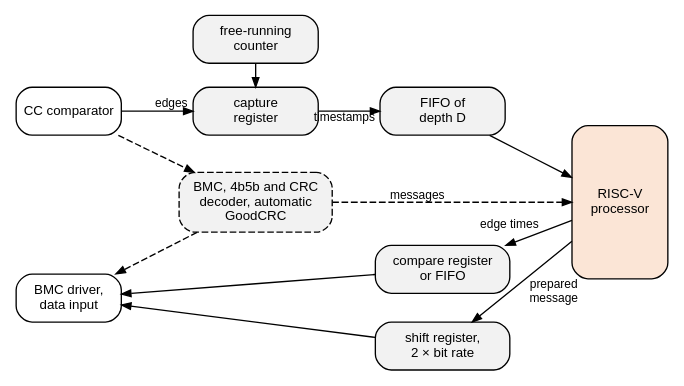
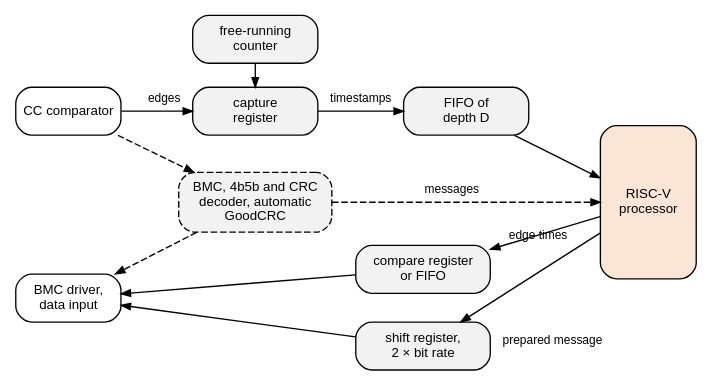
Before and after one commit to mithro/evampire: the diagram in docs/power/usb-pd/helpers.dot, drawn with Graphviz. The commit also changed 2 other files, not shown here.

```diff
--- a/docs/power/usb-pd/helpers.dot
+++ b/docs/power/usb-pd/helpers.dot
@@ -1,47 +1,54 @@
 // The hardware helpers that can sit between the CC analogue front end and
 // the processor, as described on software.rst. Solid boxes: generic timer
 // and serial features; dashed box: a USB-specific helper.
 //
 // Fixed grid (positions in inches):
 //   x=0.7  comparator and BMC driver
-//   x=2.4  counter, capture register, USB-specific decoder
-//   x=4.1  FIFO, compare register, shift register
-//   x=5.9  processor
+//   x=2.65 counter, capture register, USB-specific decoder
+//   x=4.4 to 4.85  FIFO, compare register, shift register
+//   x=6.75 processor
 //
 // SPDX-License-Identifier: Apache-2.0
 
 digraph helpers {
     graph [layout=neato, splines=false, overlap=true, fontname="Helvetica"];
     node  [shape=box, style="rounded,filled", fillcolor="#f2f2f2",
            fontname="Helvetica", fontsize=10, width=1.3, height=0.5,
            fixedsize=true];
     edge  [fontname="Helvetica", fontsize=9, arrowsize=0.7];
 
     cmp  [pos="0.7,2.9!", label="CC comparator", width=1.1,
           fillcolor="#ffffff"];
     drv  [pos="0.7,0.95!", label="BMC driver,\ndata input", width=1.1,
           fillcolor="#ffffff"];
 
     cnt  [pos="2.65,3.65!", label="free-running\ncounter"];
     cap  [pos="2.65,2.9!", label="capture\nregister"];
-    fifo [pos="4.6,2.9!", label="FIFO of\ndepth D"];
+    fifo [pos="4.85,2.9!", label="FIFO of\ndepth D"];
     auto [pos="2.65,1.95!", label="BMC, 4b5b and CRC\ndecoder, automatic\nGoodCRC",
           width=1.6, height=0.62, style="rounded,filled,dashed"];
-    ocmp [pos="4.6,1.25!", label="compare register\nor FIFO", width=1.4];
-    shft [pos="4.6,0.45!", label="shift register,\n2 × bit rate", width=1.4];
+    ocmp [pos="4.4,1.25!", label="compare register\nor FIFO", width=1.4];
+    shft [pos="4.4,0.45!", label="shift register,\n2 × bit rate", width=1.4];
 
-    cpu  [pos="6.45,1.95!", label="RISC-V\nprocessor", width=1.0, height=1.6,
+    cpu  [pos="6.75,1.95!", label="RISC-V\nprocessor", width=1.0, height=1.6,
           fillcolor="#fbe5d6"];
 
-    cmp -> cap  [label="edges"];
+    node [shape=plaintext, style="", fontsize=9, width=0.8, height=0.2];
+    le [pos="1.7,3.03!", label="edges"];
+    lt [pos="3.75,3.03!", label="timestamps"];
+    lm [pos="4.7,2.08!", label="messages"];
+    lo [pos="5.6,1.6!", label="edge times"];
+    lp [pos="5.75,0.5!", label="prepared message", width=1.2];
+
+    cmp -> cap;
     cnt -> cap;
-    cap -> fifo [label="timestamps"];
+    cap -> fifo;
     fifo -> cpu;
     cmp -> auto [style=dashed];
     auto -> drv [style=dashed];
-    auto -> cpu [style=dashed, label="messages"];
-    cpu -> ocmp [label="edge times"];
+    auto -> cpu [style=dashed];
+    cpu -> ocmp;
     ocmp -> drv;
-    cpu -> shft [label="prepared\nmessage"];
+    cpu -> shft;
     shft -> drv;
 }
```
